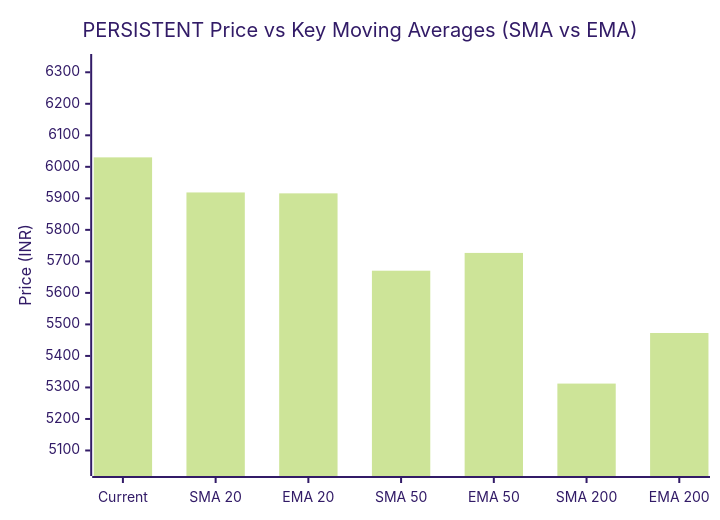
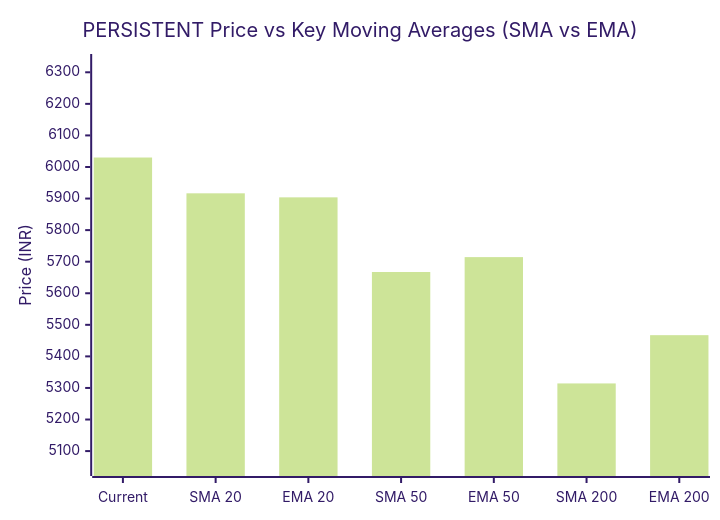
The third of 3 diagrams in market-intelligence/stocks/PERSISTENT/latest.md (purnareddy9/dev), drawn with Mermaid (forest theme) before and after one commit. The commit also changed other lines of this file and 3 other files, not shown here.

````diff
--- a/market-intelligence/stocks/PERSISTENT/latest.md
+++ b/market-intelligence/stocks/PERSISTENT/latest.md
@@ -104,7 +104,7 @@
 ```mermaid
 xychart-beta
     title "PERSISTENT Price vs Key Moving Averages (SMA vs EMA)"
     x-axis ["Current", "SMA 20", "EMA 20", "SMA 50", "EMA 50", "SMA 200", "EMA 200"]
-    y-axis "Price (INR)" 5046 --> 6331
-    bar [6030.0, 5918.68, 5915.81, 5670.41, 5726.84, 5312.27, 5472.79]
+    y-axis "Price (INR)" 5048 --> 6331
+    bar [6030.0, 5916.57, 5903.79, 5667.31, 5714.47, 5314.31, 5467.19]
 ```
````
